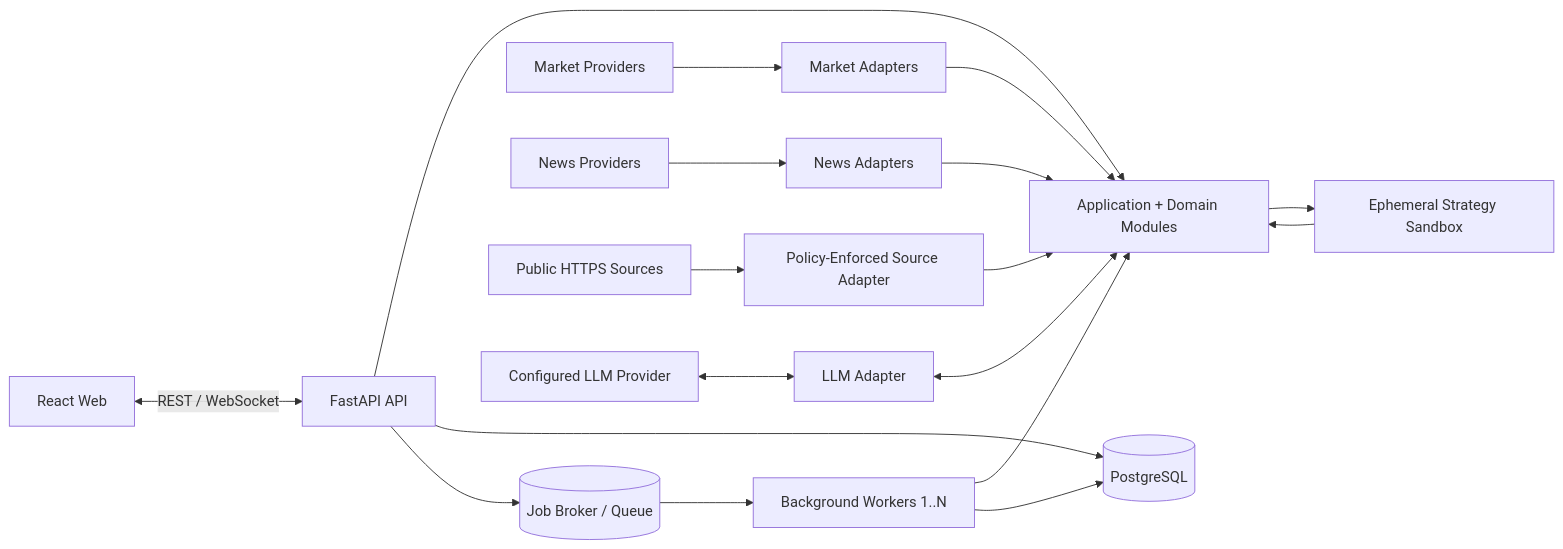
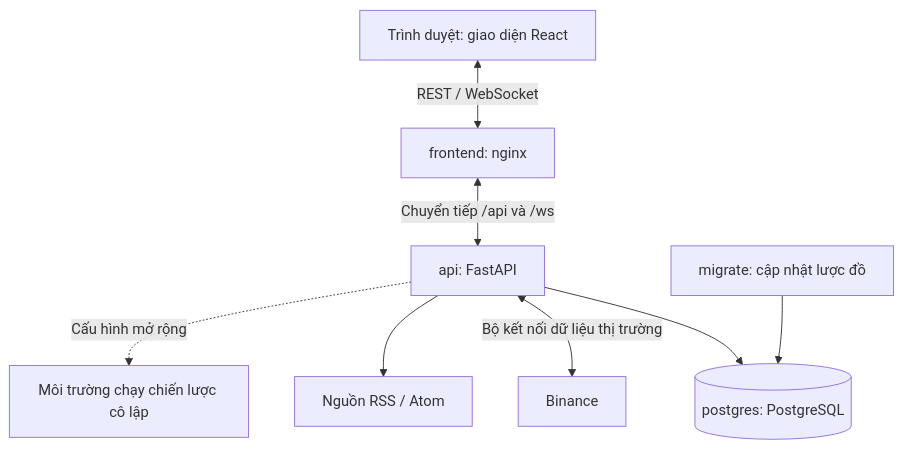
One commit to nhphunng/Crypto-Strategy-Lab changed the second of 8 diagrams in docs/ARCHITECTURE.md. Above: the diagram before and after it, drawn with Mermaid. The commit also changed other lines of this file and 2 other files, not shown here.

Commit message:
docs: refine submission architecture and decision reports - Clarify implemented features, limitations, and planned extensions - Map architecture modules to actual code paths - Update README and ADR navigation links

````diff
--- a/docs/ARCHITECTURE.md
+++ b/docs/ARCHITECTURE.md
@@ -44,20 +50,10 @@
 ```mermaid
-flowchart LR
-    WEB["React Web"] <-->|"REST / WebSocket"| API["FastAPI API"]
-    API --> APP["Application + Domain Modules"]
-    API --> DB[("PostgreSQL")]
-    API --> QUEUE[("Job Broker / Queue")]
-    QUEUE --> WORKER["Background Workers 1..N"]
-    WORKER --> APP
-    WORKER --> DB
-    MARKET["Market Providers"] --> ADAPTER["Market Adapters"]
-    ADAPTER --> APP
-    NEWS["News Providers"] --> NEWS_ADAPTER["News Adapters"]
-    NEWS_ADAPTER --> APP
-    WEB_SOURCE["Public HTTPS Sources"] --> SOURCE_ADAPTER["Policy-Enforced Source Adapter"]
-    SOURCE_ADAPTER --> APP
-    LLM["Configured LLM Provider"] <--> LLM_ADAPTER["LLM Adapter"]
-    LLM_ADAPTER <--> APP
-    APP --> SANDBOX["Ephemeral Strategy Sandbox"]
-    SANDBOX --> APP
+flowchart TB
+    Browser["Trình duyệt: giao diện React"] <-->|"REST / WebSocket"| Frontend["frontend: nginx"]
+    Frontend <-->|"Chuyển tiếp /api và /ws"| API["api: FastAPI"]
+    API --> DB[("postgres: PostgreSQL")]
+    Migration["migrate: cập nhật lược đồ"] --> DB
+    API <-->|"Bộ kết nối dữ liệu thị trường"| Binance["Binance"]
+    API --> News["Nguồn RSS / Atom"]
+    API -.->|"Cấu hình mở rộng"| Sandbox["Môi trường chạy chiến lược cô lập"]
 ```
````
